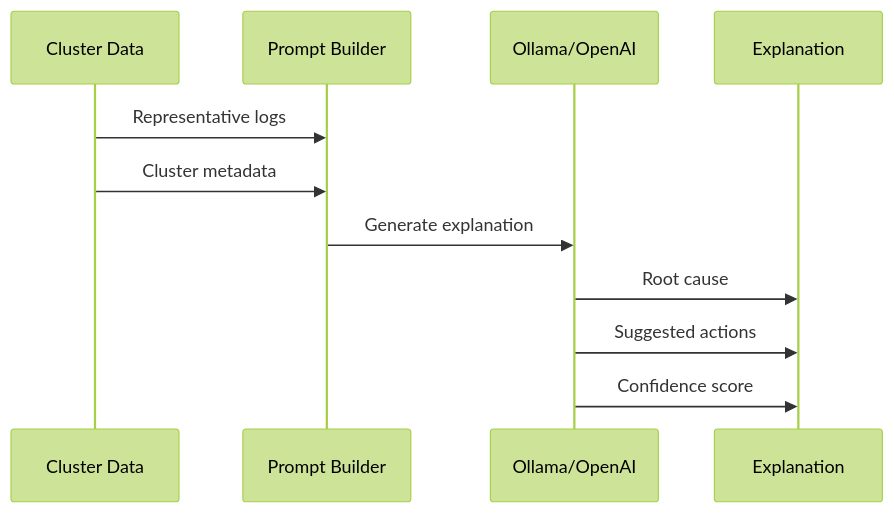
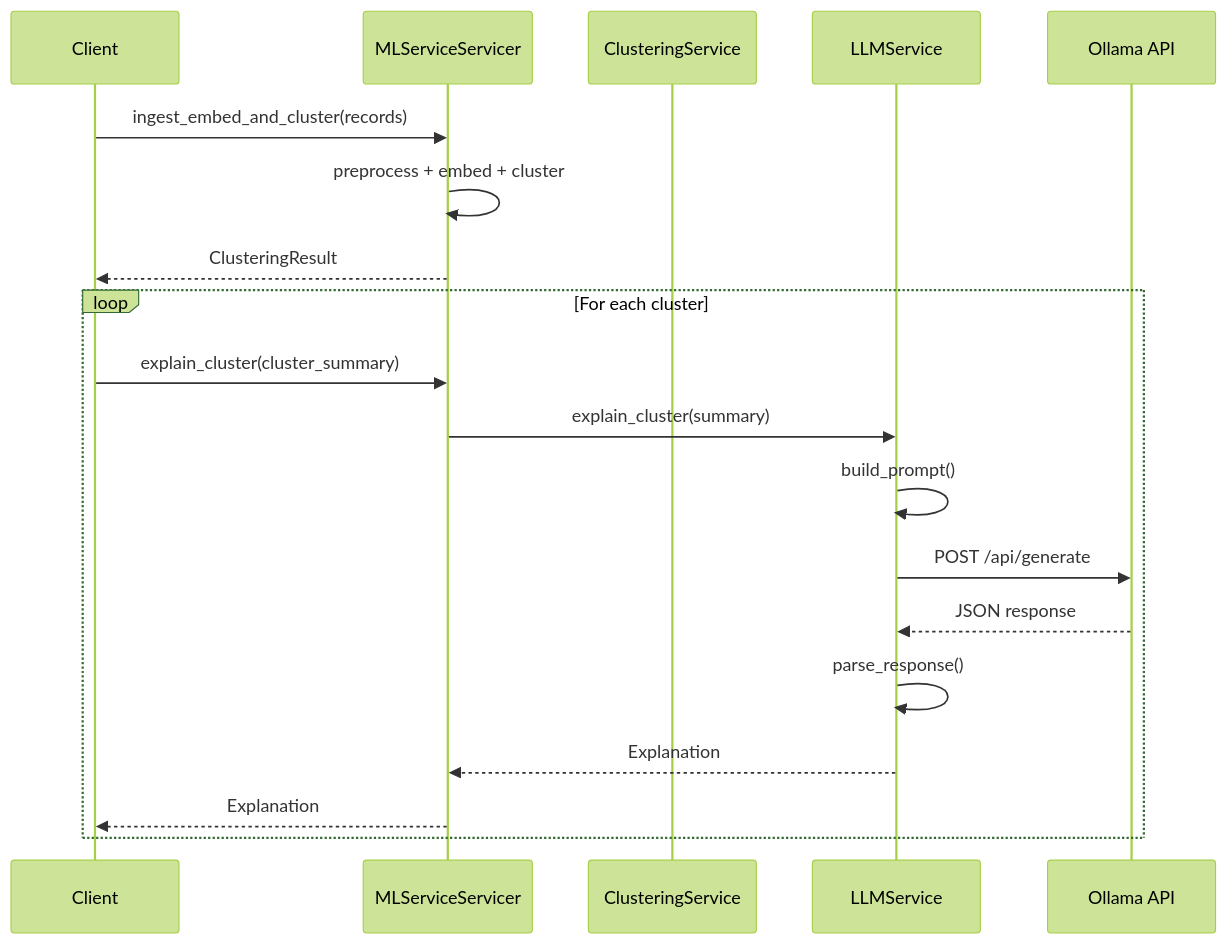
Diagram 23 of 27 in docs/data-flow.md (varadharajaan/sentinel-log-ai), drawn with Mermaid (forest theme) before and after one commit. The commit also changed other lines of this file and 7 other files, not shown here.

First line of the commit message:
feat(ml): add M5 LLM-powered explanations with Ollama integration (#106)

````diff
--- a/docs/data-flow.md
+++ b/docs/data-flow.md
@@ -437,14 +541,23 @@
 ```mermaid
 sequenceDiagram
-    participant Cluster as Cluster Data
-    participant Prompt as Prompt Builder
-    participant LLM as Ollama/OpenAI
-    participant Output as Explanation
+    participant Client
+    participant Server as MLServiceServicer
+    participant Cluster as ClusteringService
+    participant LLM as LLMService
+    participant Ollama as Ollama API
 
-    Cluster->>Prompt: Representative logs
-    Cluster->>Prompt: Cluster metadata
-    Prompt->>LLM: Generate explanation
-    LLM->>Output: Root cause
-    LLM->>Output: Suggested actions
-    LLM->>Output: Confidence score
+    Client->>Server: ingest_embed_and_cluster(records)
+    Server->>Server: preprocess + embed + cluster
+    Server-->>Client: ClusteringResult
+    
+    loop For each cluster
+        Client->>Server: explain_cluster(cluster_summary)
+        Server->>LLM: explain_cluster(summary)
+        LLM->>LLM: build_prompt()
+        LLM->>Ollama: POST /api/generate
+        Ollama-->>LLM: JSON response
+        LLM->>LLM: parse_response()
+        LLM-->>Server: Explanation
+        Server-->>Client: Explanation
+    end
 ```
````
